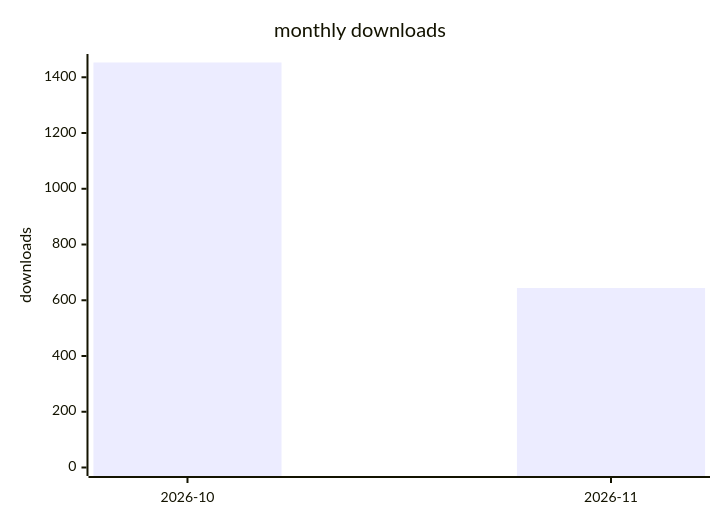
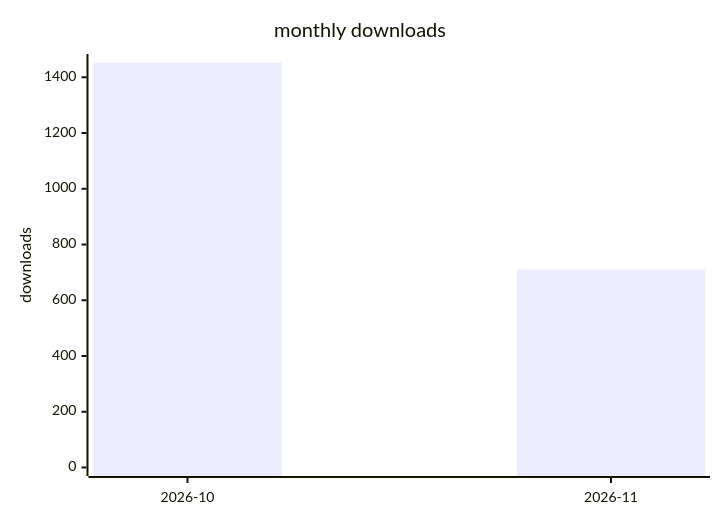
Before and after one commit to terry2010/dsh-loop-recover: the second of 2 diagrams in docs/downloads-2026.md, drawn with Mermaid. The commit also changed other lines of this file and 1 other file, not shown here.

````diff
--- a/docs/downloads-2026.md
+++ b/docs/downloads-2026.md
@@ -29,7 +29,7 @@
 ```mermaid
 xychart-beta
     title "monthly downloads"
     x-axis ["2026-10", "2026-11"]
     y-axis "downloads" 0 --> 1453
-    bar [1453, 644]
+    bar [1453, 710]
 ```
````
